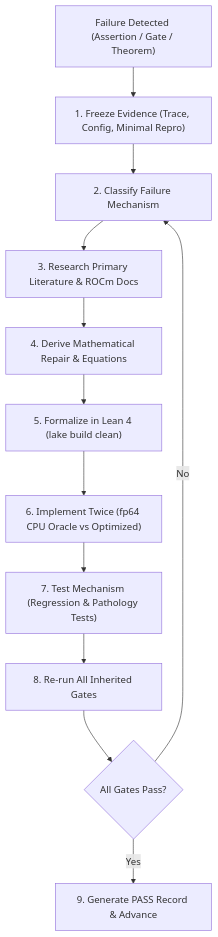
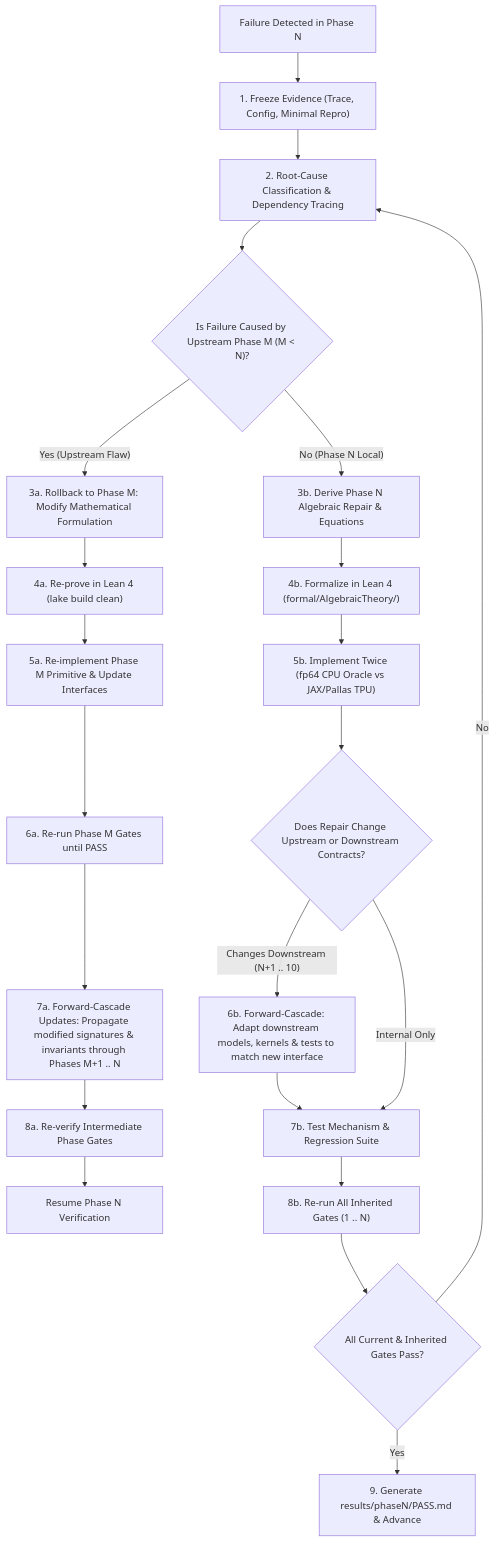
Before and after one commit to tasmaikeni13/algebraic-intelligence: the diagram in phases/README.md, drawn with Mermaid. The commit also changed other lines of this file and 12 other files, not shown here.

Commit message:
refactor(phases): adapt protocols for bidirectional dependency cascading and migrate hardware substrate to 16 TPU v4 Pod

````diff
--- a/phases/README.md
+++ b/phases/README.md
@@ -76,14 +81,29 @@
 ```mermaid
 graph TD
-    A["Failure Detected (Assertion / Gate / Theorem)"] --> B["1. Freeze Evidence (Trace, Config, Minimal Repro)"]
-    B --> C["2. Classify Failure Mechanism"]
-    C --> D["3. Research Primary Literature & ROCm Docs"]
-    D --> E["4. Derive Mathematical Repair & Equations"]
-    E --> F["5. Formalize in Lean 4 (lake build clean)"]
-    F --> G["6. Implement Twice (fp64 CPU Oracle vs Optimized)"]
-    G --> H["7. Test Mechanism (Regression & Pathology Tests)"]
-    H --> I["8. Re-run All Inherited Gates"]
-    I --> J{"All Gates Pass?"}
-    J -- "No" --> C
-    J -- "Yes" --> K["9. Generate PASS Record & Advance"]
+    A["Failure Detected in Phase N"] --> B["1. Freeze Evidence (Trace, Config, Minimal Repro)"]
+    B --> C["2. Root-Cause Classification & Dependency Tracing"]
+    C --> D{"Is Failure Caused by Upstream Phase M (M < N)?"}
+    
+    D -- "Yes (Upstream Flaw)" --> E["3a. Rollback to Phase M: Modify Mathematical Formulation"]
+    E --> F["4a. Re-prove in Lean 4 (lake build clean)"]
+    F --> G["5a. Re-implement Phase M Primitive & Update Interfaces"]
+    G --> H["6a. Re-run Phase M Gates until PASS"]
+    H --> I["7a. Forward-Cascade Updates: Propagate modified signatures & invariants through Phases M+1 .. N"]
+    I --> J["8a. Re-verify Intermediate Phase Gates"]
+    J --> K["Resume Phase N Verification"]
+
+    D -- "No (Phase N Local)" --> L["3b. Derive Phase N Algebraic Repair & Equations"]
+    L --> M["4b. Formalize in Lean 4 (formal/AlgebraicTheory/)"]
+    M --> N["5b. Implement Twice (fp64 CPU Oracle vs JAX/Pallas TPU)"]
+    N --> O{"Does Repair Change Upstream or Downstream Contracts?"}
+    
+    O -- "Changes Downstream (N+1 .. 10)" --> P["6b. Forward-Cascade: Adapt downstream models, kernels & tests to match new interface"]
+    P --> Q["7b. Test Mechanism & Regression Suite"]
+    
+    O -- "Internal Only" --> Q
+    
+    Q --> R["8b. Re-run All Inherited Gates (1 .. N)"]
+    R --> S{"All Current & Inherited Gates Pass?"}
+    S -- "No" --> C
+    S -- "Yes" --> T["9. Generate results/phaseN/PASS.md & Advance"]
 ```
````
